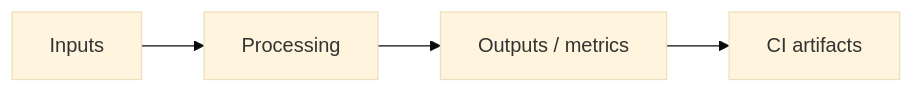
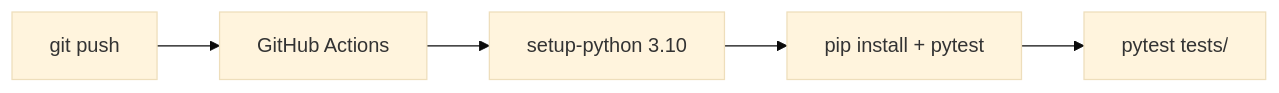
One commit to ArchanaChetan07/LangServe-Translator-API changed the seventh of 7 diagrams in README.md. Above: the diagram before and after it, drawn with Mermaid (base theme). The commit also changed other lines of this file, not shown here.

Commit message:
docs: FAANG-ready README with LCEL architecture, Groq timings, ATS keywords

````diff
--- a/README.md
+++ b/README.md
@@ -39,6 +236,7 @@
 ```mermaid
 flowchart LR
-  In[Inputs] --> Core[Processing]
-  Core --> Out[Outputs / metrics]
-  Out --> CI[CI artifacts]
+  Push[git push] --> CI[GitHub Actions]
+  CI --> Py[setup-python 3.10]
+  Py --> Dep[pip install + pytest]
+  Dep --> Test[pytest tests/]
 ```
````
